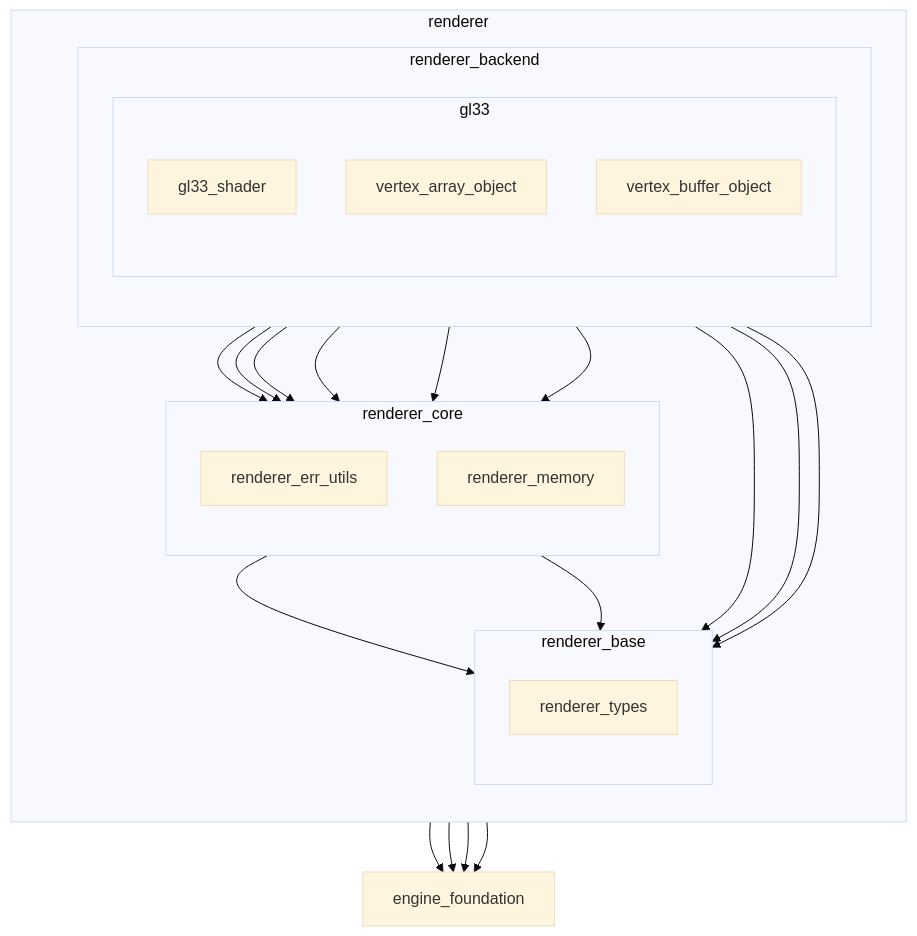
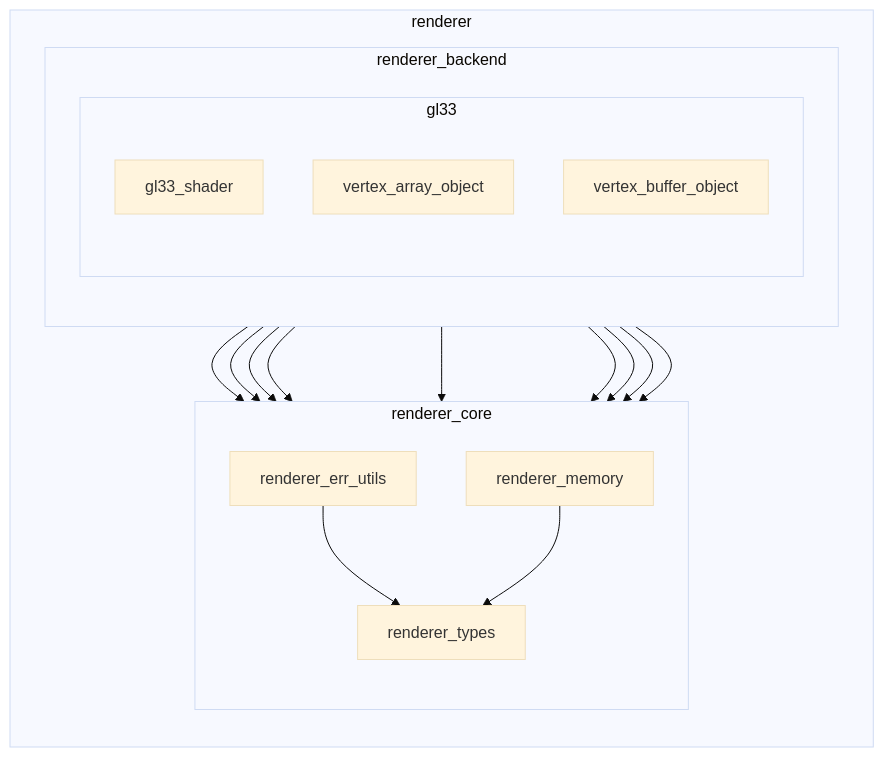
Before and after one commit to chocolate-pie24/gl_choco_engine: the fourth of 4 diagrams in docs/layer.md, drawn with Mermaid (base theme). The commit also changed other lines of this file and 1 other file, not shown here.

````diff
--- a/docs/layer.md
+++ b/docs/layer.md
@@ -196,42 +190,33 @@
 ```mermaid
 graph TD
-  ENGINE_FOUNDATION[engine_foundation]
-
   subgraph RENDERER[renderer]
     direction TB
     subgraph RENDERER_BACKEND[renderer_backend]
       direction TB
       subgraph GL33[gl33]
         direction TB
         GL33_SHADER[gl33_shader]
         VERTEX_ARRAY_OBJECT[vertex_array_object]
         VERTEX_BUFFER_OBJECT[vertex_buffer_object]
       end
     end
-    subgraph RENDERER_BASE[renderer_base]
-      direction TB
-      RENDERER_TYPES[renderer_types]
-    end
     subgraph RENDERER_CORE[renderer_core]
       direction TB
       RENDERER_ERR_UTILS[renderer_err_utils]
       RENDERER_MEMORY[renderer_memory]
+      RENDERER_TYPES[renderer_types]
     end
   end
   GL33_SHADER --> RENDERER_TYPES
   GL33_SHADER --> RENDERER_MEMORY
   GL33_SHADER --> RENDERER_ERR_UTILS
-  GL33_SHADER --> ENGINE_FOUNDATION
 
   VERTEX_ARRAY_OBJECT --> RENDERER_TYPES
   VERTEX_ARRAY_OBJECT --> RENDERER_ERR_UTILS
   VERTEX_ARRAY_OBJECT --> RENDERER_MEMORY
-  VERTEX_ARRAY_OBJECT --> ENGINE_FOUNDATION
   VERTEX_BUFFER_OBJECT --> RENDERER_TYPES
   VERTEX_BUFFER_OBJECT --> RENDERER_ERR_UTILS
   VERTEX_BUFFER_OBJECT --> RENDERER_MEMORY
-  VERTEX_BUFFER_OBJECT --> ENGINE_FOUNDATION
   RENDERER_ERR_UTILS --> RENDERER_TYPES
   RENDERER_MEMORY --> RENDERER_TYPES
-  RENDERER_MEMORY --> ENGINE_FOUNDATION
 ```
````
